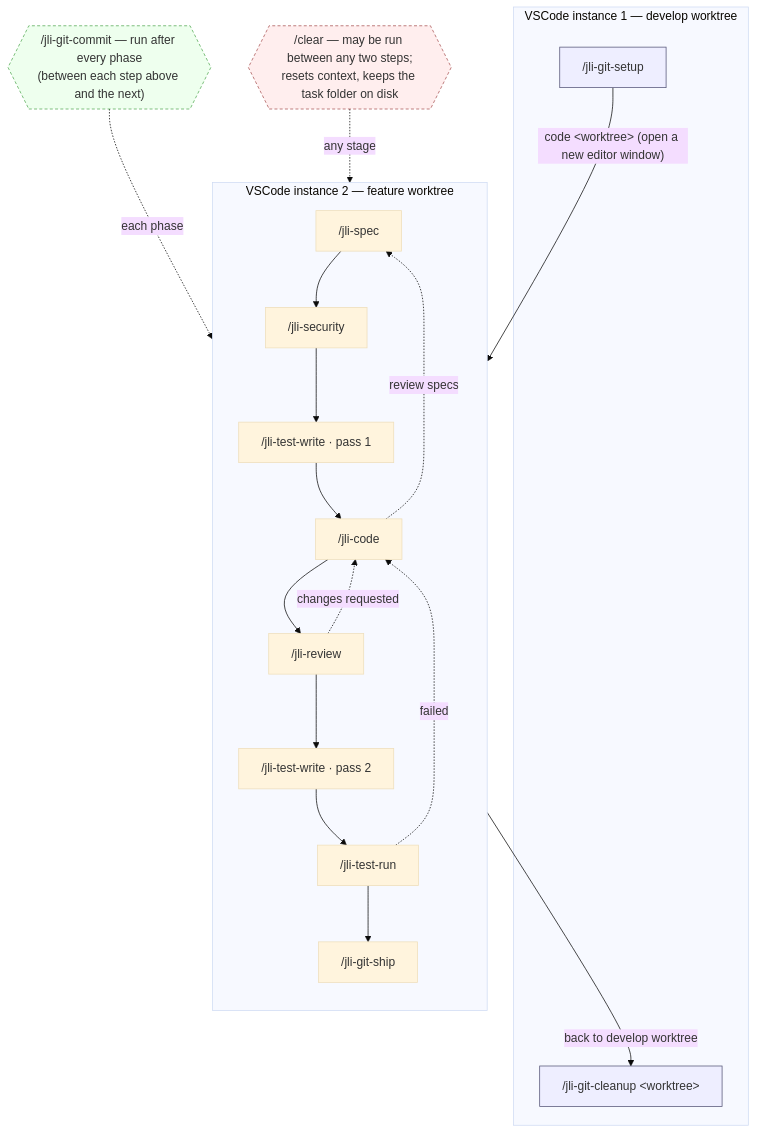
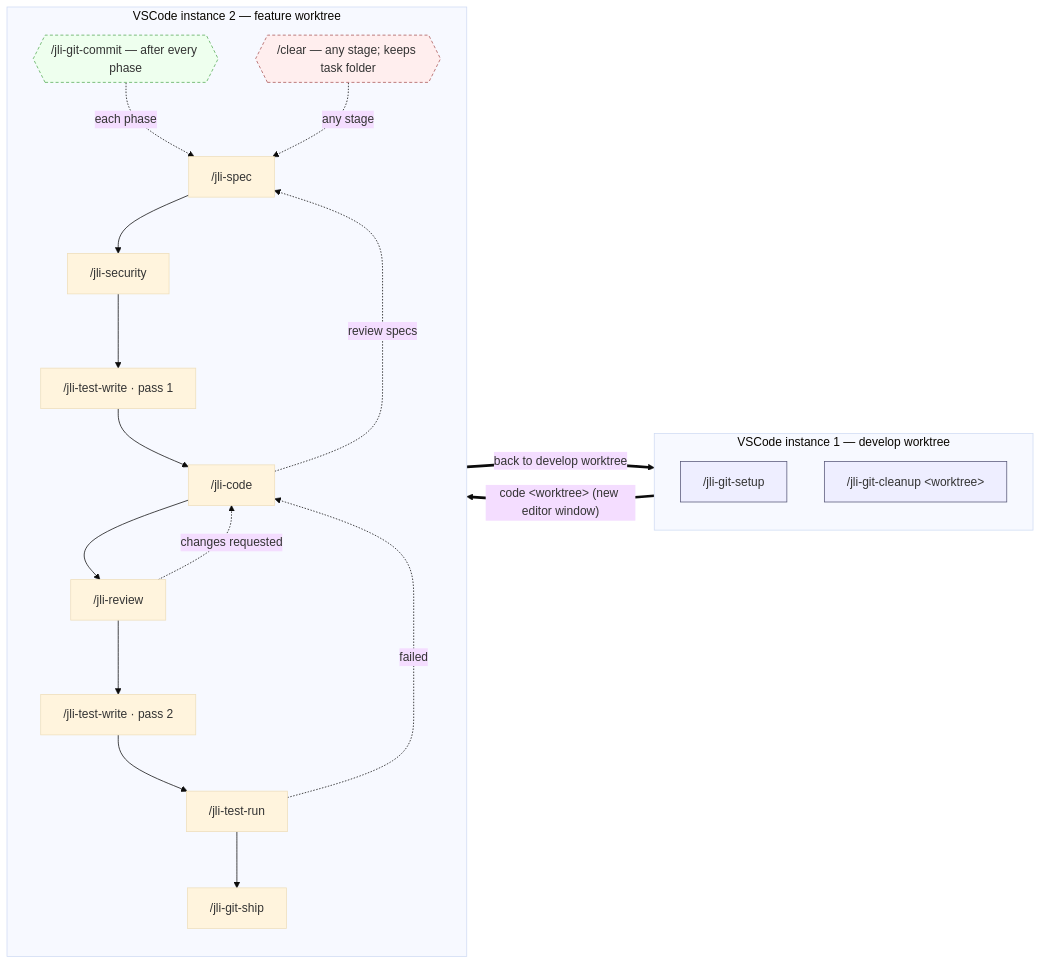
Before and after one commit to JeremieLitzler/SocialMediaPublisherApp: the diagram in AGENT-COMMAND-MIGRATION.md, drawn with Mermaid (base theme).

Commit message:
docs(migration): pin instance 1 left with container-level handoffs
Link the two subgraphs container-to-container so Mermaid honors each
lane's inner direction TB: instance 1 sits on the left, phases stay
vertical. Loop-backs and the commit/clear notes are internal to the
feature-worktree lane.

````diff
--- a/AGENT-COMMAND-MIGRATION.md
+++ b/AGENT-COMMAND-MIGRATION.md
@@ -69,38 +69,39 @@
 ```mermaid
-flowchart TD
+flowchart LR
     subgraph INST1["VSCode instance 1 — develop worktree"]
+        direction TB
         setup["/jli-git-setup"]
         cleanup["/jli-git-cleanup &lt;worktree&gt;"]
     end
 
     subgraph INST2["VSCode instance 2 — feature worktree"]
         direction TB
         spec["/jli-spec"] --> sec["/jli-security"]
         sec --> tw1["/jli-test-write · pass 1"]
         tw1 --> code["/jli-code"]
         code --> review["/jli-review"]
         review --> tw2["/jli-test-write · pass 2"]
         tw2 --> trun["/jli-test-run"]
         trun --> ship["/jli-git-ship"]
+
+        review -. "changes requested" .-> code
+        trun -. "failed" .-> code
+        code -. "review specs" .-> spec
+
+        commit{{"/jli-git-commit — after every phase"}}
+        commit -. "each phase" .-> spec
+
+        clear{{"/clear — any stage; keeps task folder"}}
+        clear -. "any stage" .-> spec
     end
 
-    setup -->|"code &lt;worktree&gt; (open a new editor window)"| spec
-    ship -->|"back to develop worktree"| cleanup
-
-    review -. "changes requested" .-> code
-    trun -. "failed" .-> code
-    code -. "review specs" .-> spec
-
-    commit{{"/jli-git-commit — run after every phase<br/>(between each step above and the next)"}}
-    commit -. "each phase" .-> INST2
-
-    clear{{"/clear — may be run between any two steps;<br/>resets context, keeps the task folder on disk"}}
-    clear -. "any stage" .-> INST2
+    INST1 == "code &lt;worktree&gt; (new editor window)" ==> INST2
+    INST2 == "back to develop worktree" ==> INST1
 
     classDef editor fill:#eef,stroke:#557,stroke-width:1px;
     classDef note fill:#efe,stroke:#5a5,stroke-width:1px,stroke-dasharray:4 3;
     classDef reset fill:#fee,stroke:#a55,stroke-width:1px,stroke-dasharray:4 3;
     class setup,cleanup editor;
     class commit note;
     class clear reset;
 ```
````
